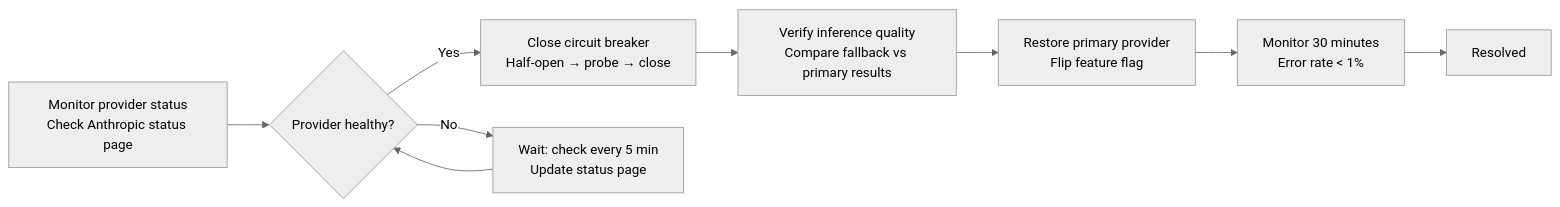
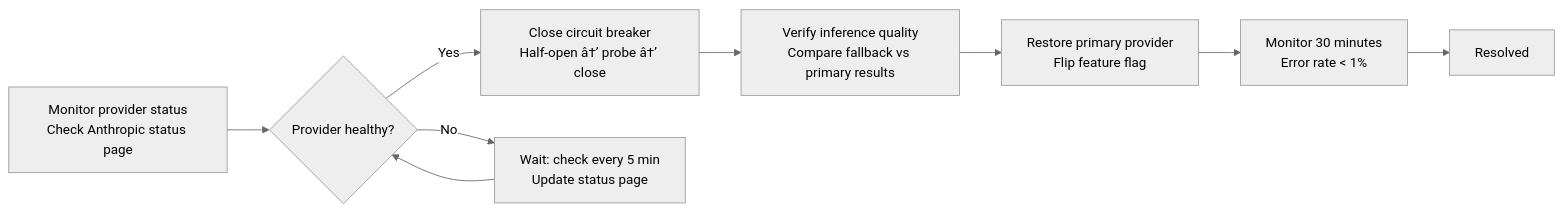
Before and after one commit to Driftloom/Vaeloom: the second of 2 diagrams in Docs/Operations/Runbooks/AI-Service-Outage.md, drawn with Mermaid (neutral theme). The commit also changed other lines of this file and 249 other files, not shown here.

````diff
--- a/Docs/Operations/Runbooks/AI-Service-Outage.md
+++ b/Docs/Operations/Runbooks/AI-Service-Outage.md
@@ -161,13 +161,13 @@
 ```mermaid
 flowchart LR
     A["Monitor provider status<br/>Check Anthropic status page"] --> B{"Provider healthy?"}
-    B -->|Yes| C["Close circuit breaker<br/>Half-open → probe → close"]
+    B -->|Yes| C["Close circuit breaker<br/>Half-open â†’ probe â†’ close"]
     C --> D["Verify inference quality<br/>Compare fallback vs primary results"]
     D --> E["Restore primary provider<br/>Flip feature flag"]
     E --> F["Monitor 30 minutes<br/>Error rate < 1%"]
     
     B -->|No| G["Wait: check every 5 min<br/>Update status page"]
     G --> B
     
     F --> H[Resolved]
 ```
````
